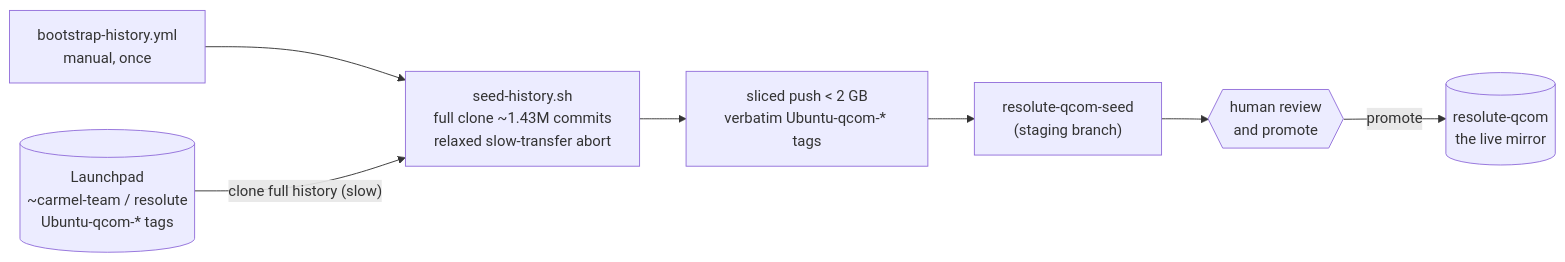
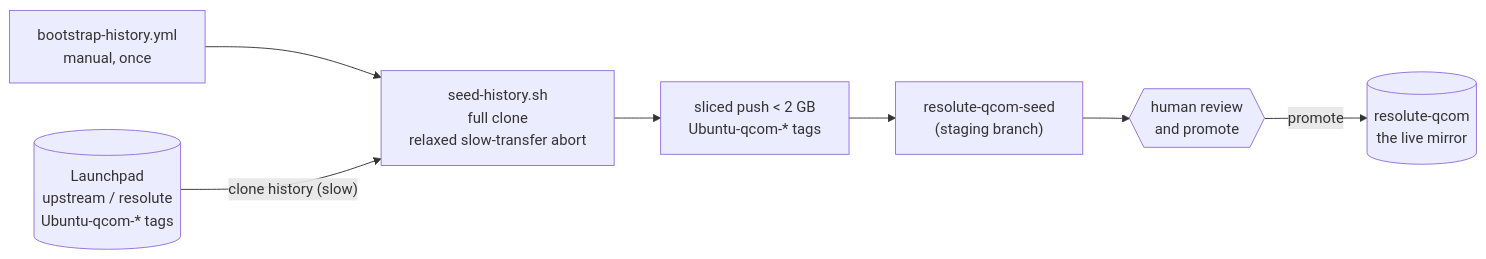
One commit to qualcomm-linux/pkg-linux-qcom-canonical changed the first of 2 diagrams in docs/PIPELINE.md. Above: the diagram before and after it, drawn with Mermaid. The commit also changed other lines of this file, not shown here.

````diff
--- a/docs/PIPELINE.md
+++ b/docs/PIPELINE.md
@@ -40,13 +40,13 @@
 ```mermaid
 flowchart LR
-    LP[("Launchpad<br/>~carmel-team / resolute<br/>Ubuntu-qcom-* tags")]
+    LP[("Launchpad<br/>upstream / resolute<br/>Ubuntu-qcom-* tags")]
     A1["bootstrap-history.yml<br/>manual, once"]
-    A2["seed-history.sh<br/>full clone ~1.43M commits<br/>relaxed slow-transfer abort"]
-    A3["sliced push &lt; 2 GB<br/>verbatim Ubuntu-qcom-* tags"]
+    A2["seed-history.sh<br/>full clone<br/>relaxed slow-transfer abort"]
+    A3["sliced push &lt; 2 GB<br/>Ubuntu-qcom-* tags"]
     A4["resolute-qcom-seed<br/>(staging branch)"]
     A5{{"human review<br/>and promote"}}
     A6[("resolute-qcom<br/>the live mirror")]
     A1 --> A2
-    LP -->|"clone full history (slow)"| A2
+    LP -->|"clone history (slow)"| A2
     A2 --> A3 --> A4 --> A5 -->|"promote"| A6
 ```
````
